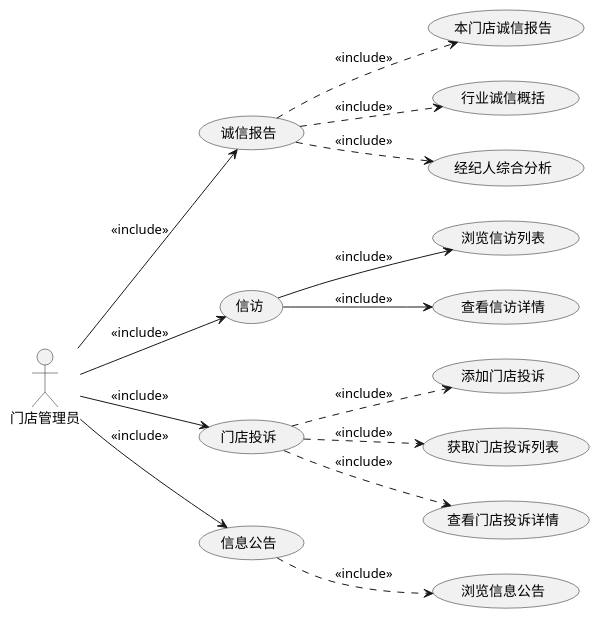
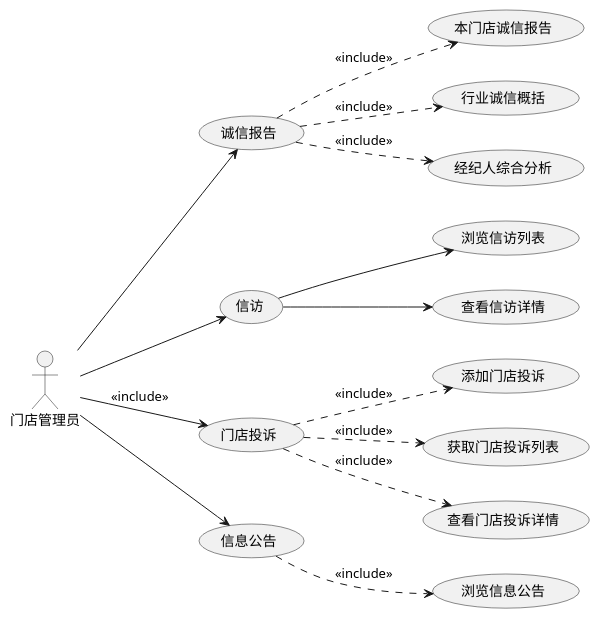
Before and after one commit to evildoerX/hyperledger-credit: the fifth of 14 diagrams in docs/credit/README.md, drawn with PlantUML. The commit also changed other lines of this file, not shown here.

```diff
--- a/docs/credit/README.md
+++ b/docs/credit/README.md
@@ -185,16 +185,16 @@
 @startuml
 left to right direction
-门店管理员 --> (诚信报告): <<include>>
+门店管理员 --> (诚信报告)
 (诚信报告) ..> (本门店诚信报告): <<include>>
 (诚信报告) ..> (行业诚信概括): <<include>>
 (诚信报告) ..> (经纪人综合分析): <<include>>
-门店管理员 --> (信访): <<include>>
-信访 --> (浏览信访列表): <<include>>
-信访 --> (查看信访详情): <<include>>
+门店管理员 --> (信访)
+信访 --> (浏览信访列表)
+信访 --> (查看信访详情)
 门店管理员 --> (门店投诉): <<include>>
 (门店投诉) ..> (添加门店投诉): <<include>>
 (门店投诉) ..> (获取门店投诉列表): <<include>>
 (门店投诉) ..> (查看门店投诉详情): <<include>>
-门店管理员 --> (信息公告): <<include>>
+门店管理员 --> (信息公告)
 (信息公告) ..> (浏览信息公告): <<include>>
 @enduml
```
